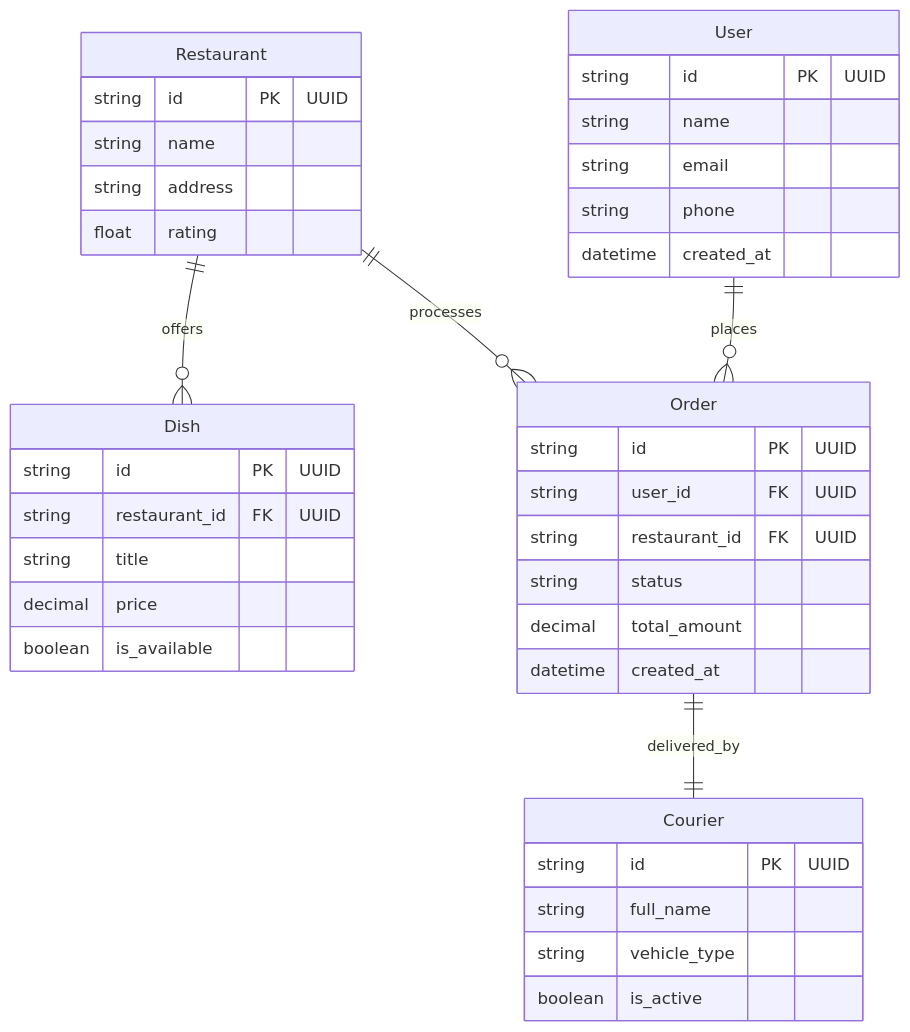
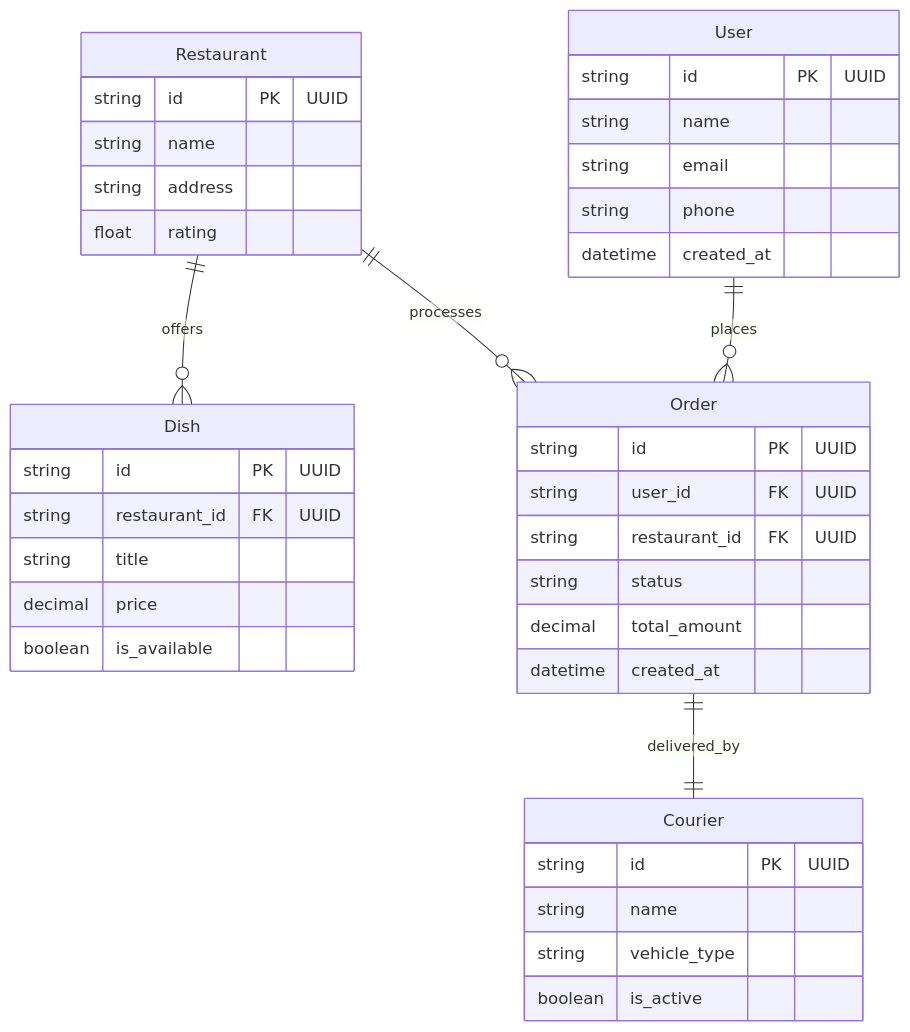
The diagram in er_diagram.mermaid (tymiskj/ER-model-lab), drawn with Mermaid before and after one commit.

Commit message:
fix: synchronize courier attribute name in mermaid diagram with spec

```diff
--- a/er_diagram.mermaid
+++ b/er_diagram.mermaid
@@ -1,45 +1,45 @@
 erDiagram
     User {
         string id PK "UUID"
         string name
         string email
         string phone
         datetime created_at
     }
 
     Restaurant {
         string id PK "UUID"
         string name
         string address
         float rating
     }
 
     Dish {
         string id PK "UUID"
         string restaurant_id FK "UUID"
         string title
         decimal price
         boolean is_available
     }
 
     Order {
         string id PK "UUID"
         string user_id FK "UUID"
         string restaurant_id FK "UUID"
         string status
         decimal total_amount
         datetime created_at
     }
 
     Courier {
         string id PK "UUID"
-        string full_name
+        string name
         string vehicle_type
         boolean is_active
     }
 
     %% Зв'язки (Кардинальності)
     User ||--o{ Order : places
     Restaurant ||--o{ Dish : offers
     Restaurant ||--o{ Order : processes
     Order ||--|| Courier : delivered_by
```
